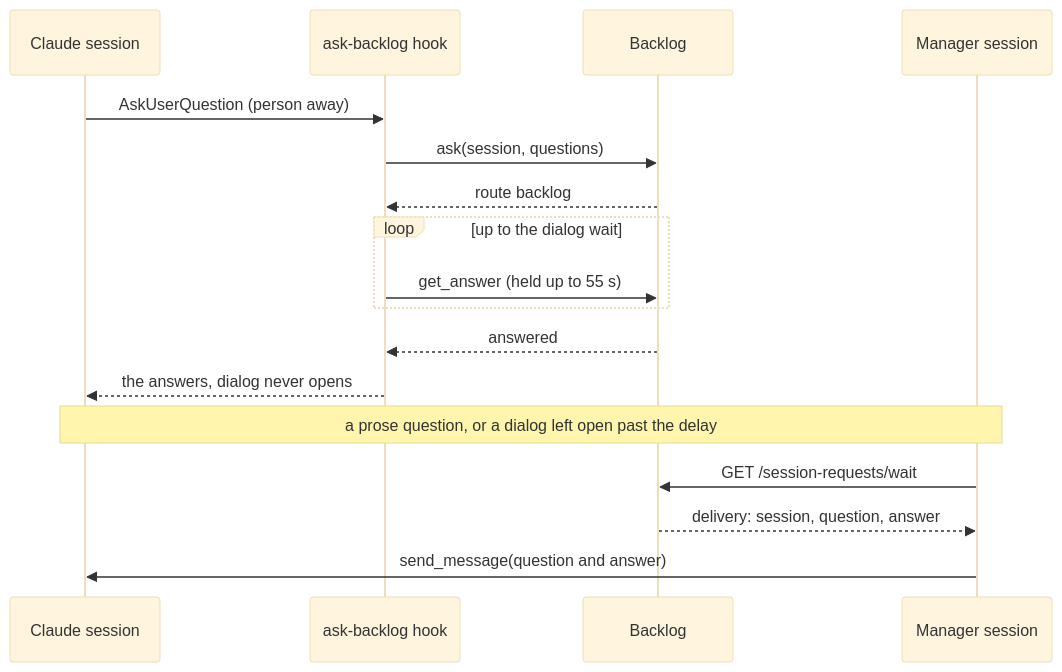
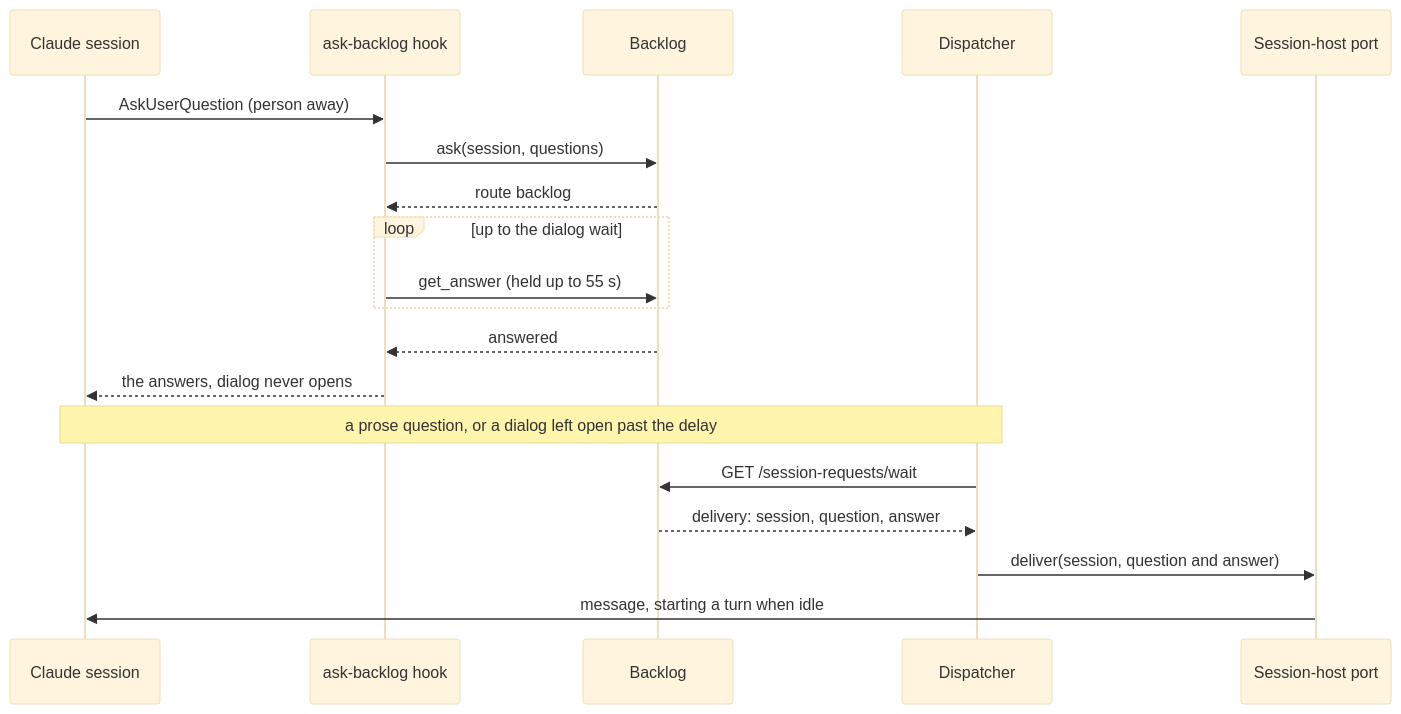
One commit to JSdotNet/Backlog changed the second of 2 diagrams in .devbook/arc42/adr/0041-agent-questions-reach-backlog-by-presence-and-come-back-through-the-hook-or-the-manager.md. Above: the diagram before and after it, drawn with Mermaid (base theme). The commit also changed other lines of this file and 2 other files, not shown here.

First line of the commit message:
docs(devbook): amend ADR 0038 and 0041 to a harness-neutral session-host port

````diff
--- a/.devbook/arc42/adr/0041-agent-questions-reach-backlog-by-presence-and-come-back-through-the-hook-or-the-manager.md
+++ b/.devbook/arc42/adr/0041-agent-questions-reach-backlog-by-presence-and-come-back-through-the-hook-or-the-manager.md
@@ -119,19 +122,21 @@
 ```mermaid
 sequenceDiagram
   participant S as Claude session
   participant H as ask-backlog hook
   participant B as Backlog
-  participant M as Manager session
+  participant M as Dispatcher
+  participant P as Session-host port
   S->>H: AskUserQuestion (person away)
   H->>B: ask(session, questions)
   B-->>H: route backlog
   loop up to the dialog wait
     H->>B: get_answer (held up to 55 s)
   end
   B-->>H: answered
   H-->>S: the answers, dialog never opens
   Note over S,M: a prose question, or a dialog left open past the delay
   M->>B: GET /session-requests/wait
   B-->>M: delivery: session, question, answer
-  M->>S: send_message(question and answer)
+  M->>P: deliver(session, question and answer)
+  P->>S: message, starting a turn when idle
 ```
````
